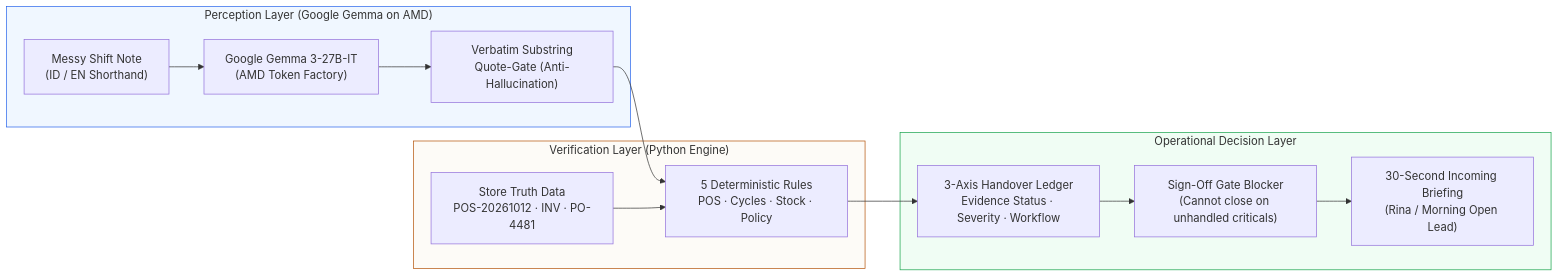
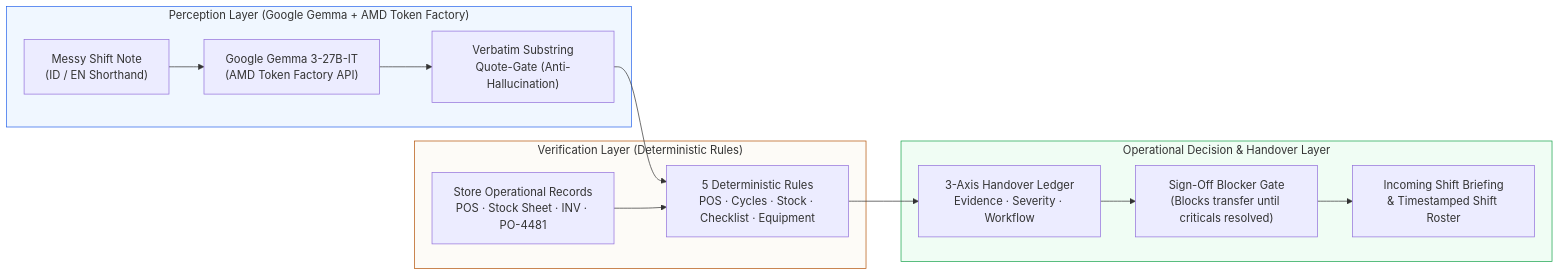
One commit to SebastianAbeSantoso/Bayang changed the second of 2 diagrams in README.md. Above: the diagram before and after it, drawn with Mermaid. The commit also changed other lines of this file and 1 other file, not shown here.

Commit message:
docs(hackathon): update README and HACKATHON_SUBMISSION with final ShiftGuard features, telemetry, and demo script

````diff
--- a/README.md
+++ b/README.md
@@ -51,22 +51,22 @@
 ```mermaid
 flowchart LR
-    subgraph Perception["Perception Layer (Google Gemma on AMD)"]
-        N["Messy Shift Note<br/>(ID / EN Shorthand)"] --> G["Google Gemma 3-27B-IT<br/>(AMD Token Factory)"]
+    subgraph Perception["Perception Layer (Google Gemma + AMD Token Factory)"]
+        N["Messy Shift Note<br/>(ID / EN Shorthand)"] --> G["Google Gemma 3-27B-IT<br/>(AMD Token Factory API)"]
         G --> QG["Verbatim Substring<br/>Quote-Gate (Anti-Hallucination)"]
     end
 
-    subgraph Verification["Verification Layer (Python Engine)"]
-        QG --> DET["5 Deterministic Rules<br/>POS · Cycles · Stock · Policy"]
-        REC["Store Truth Data<br/>POS-20261012 · INV · PO-4481"] --> DET
+    subgraph Verification["Verification Layer (Deterministic Rules)"]
+        QG --> DET["5 Deterministic Rules<br/>POS · Cycles · Stock · Checklist · Equipment"]
+        REC["Store Operational Records<br/>POS · Stock Sheet · INV · PO-4481"] --> DET
     end
 
-    subgraph Operations["Operational Decision Layer"]
-        DET --> LEDGER["3-Axis Handover Ledger<br/>Evidence Status · Severity · Workflow"]
-        LEDGER --> SIGNOFF["Sign-Off Gate Blocker<br/>(Cannot close on unhandled criticals)"]
-        SIGNOFF --> BRIEFING["30-Second Incoming Briefing<br/>(Rina / Morning Open Lead)"]
+    subgraph Operations["Operational Decision & Handover Layer"]
+        DET --> LEDGER["3-Axis Handover Ledger<br/>Evidence · Severity · Workflow"]
+        LEDGER --> GATE["Sign-Off Blocker Gate<br/>(Blocks transfer until criticals resolved)"]
+        GATE --> BRIEFING["Incoming Shift Briefing<br/>& Timestamped Shift Roster"]
     end
 
     style Perception fill:#f0f7ff,stroke:#2563eb,stroke-width:1px
     style Verification fill:#fdfbf7,stroke:#b45309,stroke-width:1px
     style Operations fill:#f0fdf4,stroke:#16a34a,stroke-width:1px
 ```
````
